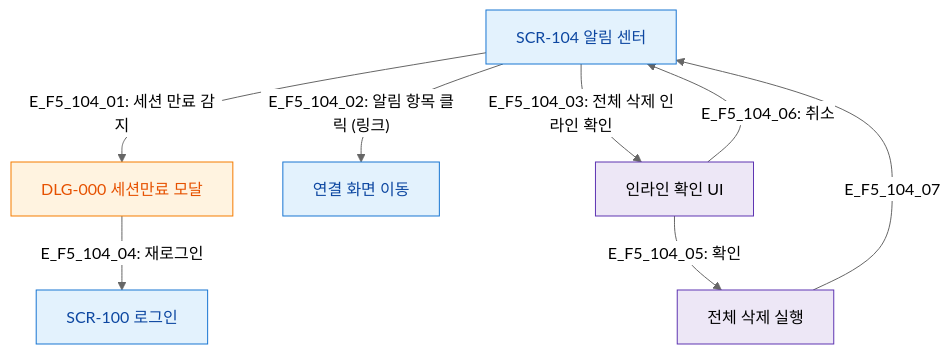
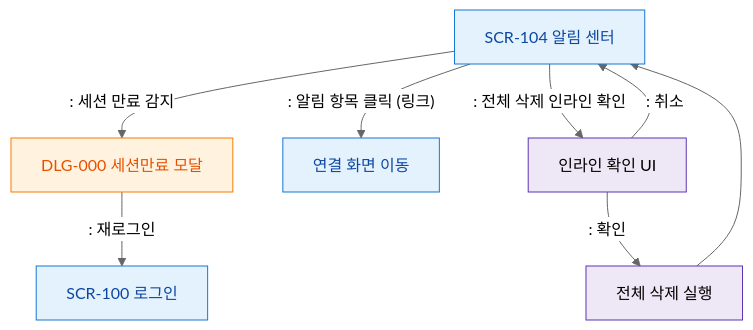
One commit to dev-spogym/admin-pando changed the diagram in docs/다이어그램/D01_공통/SCR-104_알림센터/F5_모달트리거.md. Above: the diagram before and after it, drawn with Mermaid (neutral theme). The commit also changed other lines of this file and 1660 other files, not shown here.

First line of the commit message:
다이어그램: 기획자/클라이언트 납품본으로 정리

````diff
--- a/docs/다이어그램/D01_공통/SCR-104_알림센터/F5_모달트리거.md
+++ b/docs/다이어그램/D01_공통/SCR-104_알림센터/F5_모달트리거.md
@@ -19,20 +17,20 @@
 ```mermaid
 flowchart TD
     SCR_104[SCR-104 알림 센터]
 
-    SCR_104 -->|"E_F5_104_01: 세션 만료 감지"| DLG_000[DLG-000 세션만료 모달]
-    SCR_104 -->|"E_F5_104_02: 알림 항목 클릭 (링크)"| NAV[연결 화면 이동]
-    SCR_104 -->|"E_F5_104_03: 전체 삭제 인라인 확인"| INLINE_CONFIRM[인라인 확인 UI]
+    SCR_104 -->|": 세션 만료 감지"|DLG_000[DLG-000 세션만료 모달]
+    SCR_104 -->|": 알림 항목 클릭 (링크)"|NAV[연결 화면 이동]
+    SCR_104 -->|": 전체 삭제 인라인 확인"|INLINE_CONFIRM[인라인 확인 UI]
 
-    DLG_000 -->|"E_F5_104_04: 재로그인"| SCR_100[SCR-100 로그인]
-    INLINE_CONFIRM -->|"E_F5_104_05: 확인"| DEL_ALL[전체 삭제 실행]
-    INLINE_CONFIRM -->|"E_F5_104_06: 취소"| SCR_104
-    DEL_ALL -->|E_F5_104_07| SCR_104
+    DLG_000 -->|": 재로그인"|SCR_100[SCR-100 로그인]
+    INLINE_CONFIRM -->|": 확인"|DEL_ALL[전체 삭제 실행]
+    INLINE_CONFIRM -->|": 취소"|SCR_104
+    DEL_ALL --> SCR_104
 
-    classDef screen  fill:#E3F2FD,stroke:#1976D2,color:#0D47A1
-    classDef modal   fill:#FFF3E0,stroke:#F57C00,color:#E65100
-    classDef system  fill:#EDE7F6,stroke:#5E35B2
+    classDef screen fill:#E3F2FD,stroke:#1976D2,color:#0D47A1
+    classDef modal fill:#FFF3E0,stroke:#F57C00,color:#E65100
+    classDef system fill:#EDE7F6,stroke:#5E35B2
     class SCR_104,NAV,SCR_100 screen
     class DLG_000 modal
     class INLINE_CONFIRM,DEL_ALL system
 ```
````
